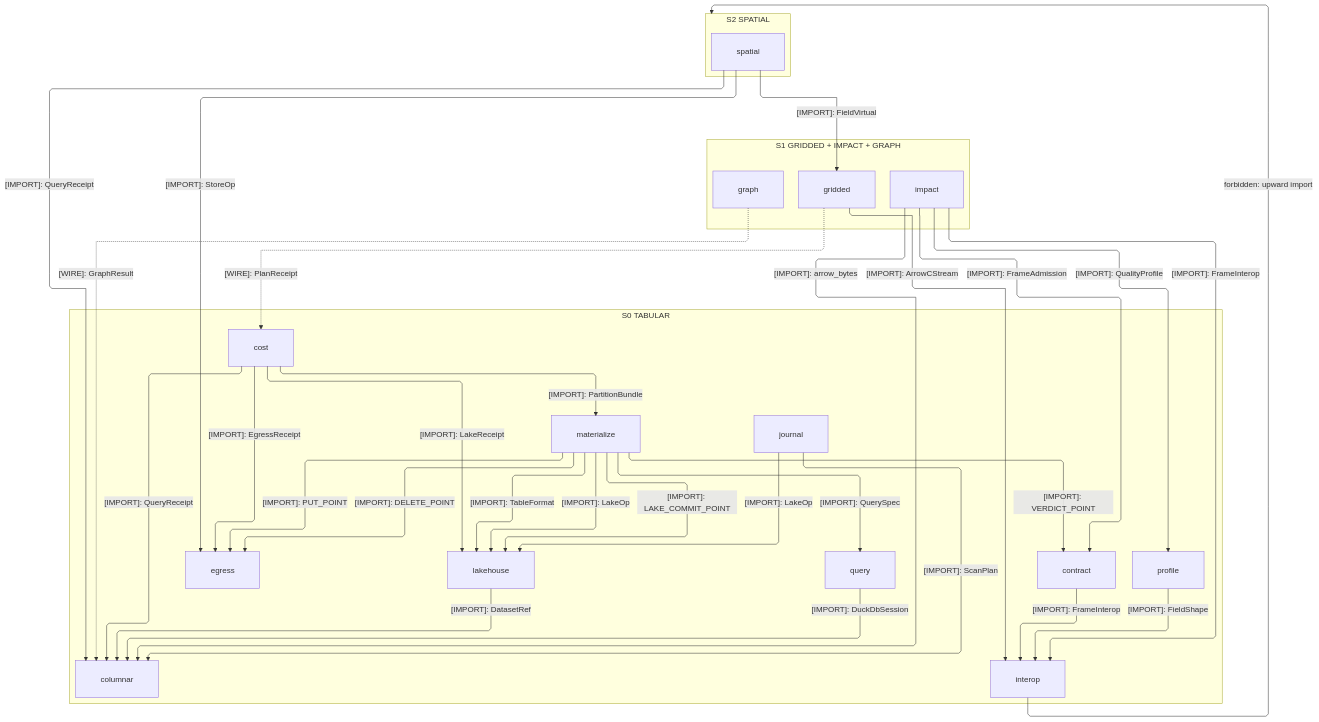
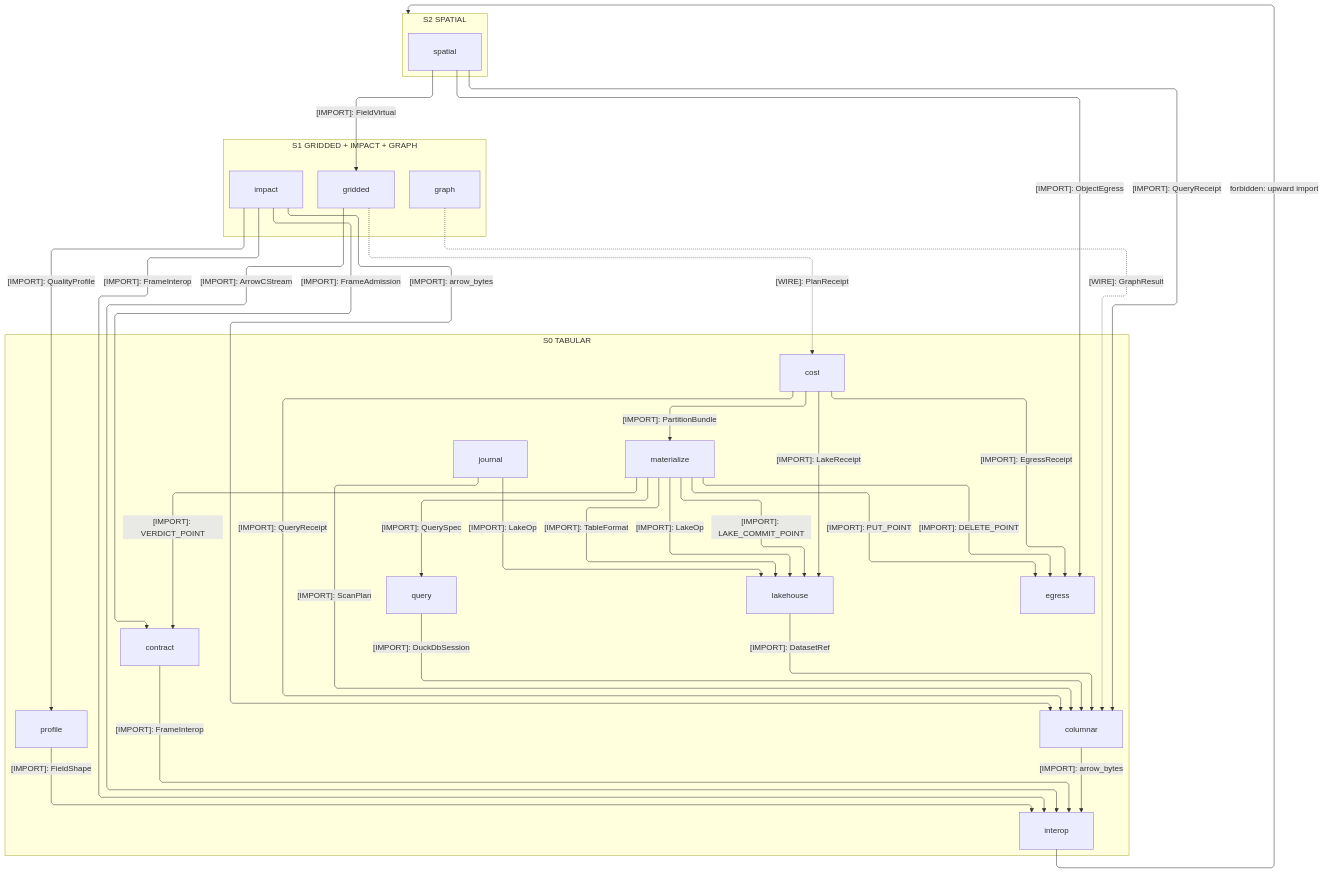
Before and after one commit to bsamiee/Rasm: the first of 4 diagrams in libs/python/data/ARCHITECTURE.md, drawn with Mermaid. The commit also changed other lines of this file and 108 other files, not shown here.

Commit message:
Land the coldpass doc-set deltas across README, ARCHITECTURE, RULINGS, IDEAS, and TASKLOG files

````diff
--- a/libs/python/data/ARCHITECTURE.md
+++ b/libs/python/data/ARCHITECTURE.md
@@ -41,62 +41,63 @@
 ```mermaid
 ---
 config:
   layout: elk
   flowchart:
     curve: linear
     padding: 25
 ---
 flowchart TB
     accTitle: Data interior import strata
     accDescr: Spatial composes the middle tier over the tabular floor; labeled edges name imported owners, and dashed edges carry wire data.
     subgraph D2["S2 SPATIAL"]
         Spatial[spatial]
     end
     subgraph D1["S1 GRIDDED + IMPACT + GRAPH"]
         Graph[graph]
         Impact[impact]
         Gridded[gridded]
     end
     subgraph D0["S0 TABULAR"]
         Journal[journal]
         Cost[cost]
         Egress[egress]
         Materialize[materialize]
         Query[query]
         Lakehouse[lakehouse]
         Columnar[columnar]
         Contract[contract]
         Profile[profile]
         Interop[interop]
     end
     Spatial s1@-->|"[IMPORT]: QueryReceipt"| Columnar
-    Spatial s2@-->|"[IMPORT]: StoreOp"| Egress
+    Spatial s2@-->|"[IMPORT]: ObjectEgress"| Egress
     Spatial s3@-->|"[IMPORT]: FieldVirtual"| Gridded
     Gridded s4@-->|"[IMPORT]: ArrowCStream"| Interop
     Impact s5@-->|"[IMPORT]: FrameAdmission"| Contract
     Impact s6@-->|"[IMPORT]: QualityProfile"| Profile
     Impact s7@-->|"[IMPORT]: FrameInterop"| Interop
     Impact s8@-->|"[IMPORT]: arrow_bytes"| Columnar
     Graph s9@-.->|"[WIRE]: GraphResult"| Columnar
     Journal s26@-->|"[IMPORT]: LakeOp"| Lakehouse
     Journal s27@-->|"[IMPORT]: ScanPlan"| Columnar
     Materialize s10@-->|"[IMPORT]: QuerySpec"| Query
     Materialize s11@-->|"[IMPORT]: TableFormat"| Lakehouse
     Materialize s25@-->|"[IMPORT]: LakeOp"| Lakehouse
     Materialize s12@-->|"[IMPORT]: LAKE_COMMIT_POINT"| Lakehouse
     Materialize s13@-->|"[IMPORT]: VERDICT_POINT"| Contract
     Materialize s14@-->|"[IMPORT]: PUT_POINT"| Egress
     Materialize s15@-->|"[IMPORT]: DELETE_POINT"| Egress
     Query s16@-->|"[IMPORT]: DuckDbSession"| Columnar
     Lakehouse s17@-->|"[IMPORT]: DatasetRef"| Columnar
     Contract s18@-->|"[IMPORT]: FrameInterop"| Interop
+    Columnar s28@-->|"[IMPORT]: arrow_bytes"| Interop
     Profile s19@-->|"[IMPORT]: FieldShape"| Interop
     Cost s20@-->|"[IMPORT]: QueryReceipt"| Columnar
     Cost s21@-->|"[IMPORT]: LakeReceipt"| Lakehouse
     Cost s22@-->|"[IMPORT]: PartitionBundle"| Materialize
     Cost s23@-->|"[IMPORT]: EgressReceipt"| Egress
     Gridded s24@-.->|"[WIRE]: PlanReceipt"| Cost
     Spatial ~~~ Impact
     Spatial ~~~ Graph
     Interop f1@-->|"forbidden: upward import"| D2
 ```
````
